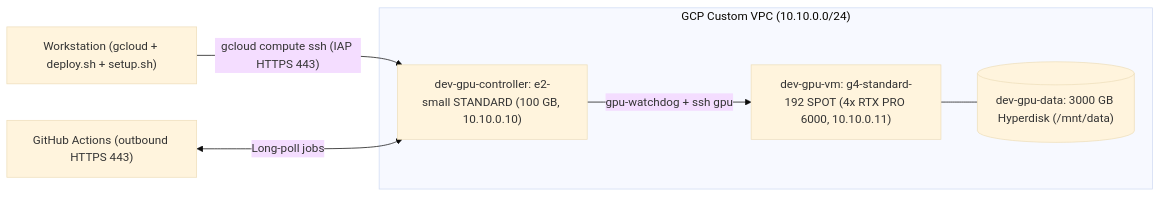
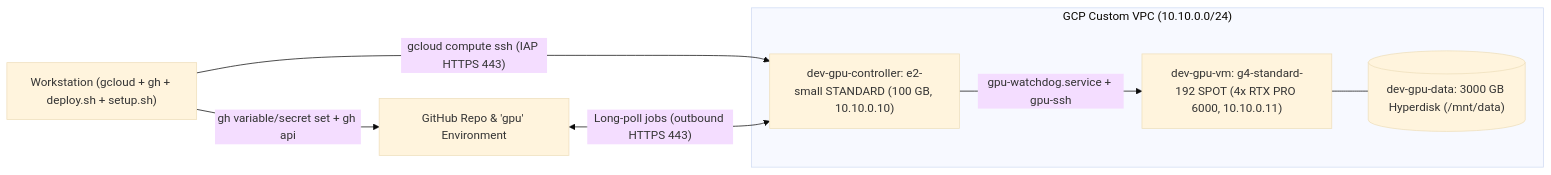
Before and after one commit to vitorecomp/personal-infra: the diagram in development/README.md, drawn with Mermaid (base theme). The commit also changed other lines of this file and 8 other files, not shown here.

Commit message:
feat(development): automate .env GitHub sync, loop retries, and ADC auth

````diff
--- a/development/README.md
+++ b/development/README.md
@@ -27,13 +34,14 @@
 ```mermaid
 flowchart LR
-  W["Workstation (gcloud + deploy.sh + setup.sh)"] -- "gcloud compute ssh (IAP HTTPS 443)" --> C
-  GH["GitHub Actions (outbound HTTPS 443)"] <-- "Long-poll jobs" --> C
+  W["Workstation (gcloud + gh + deploy.sh + setup.sh)"] -- "gh variable/secret set + gh api" --> GH["GitHub Repo & 'gpu' Environment"]
+  W -- "gcloud compute ssh (IAP HTTPS 443)" --> C
+  GH <-- "Long-poll jobs (outbound HTTPS 443)" --> C
 
   subgraph VPC["GCP Custom VPC (10.10.0.0/24)"]
     C["dev-gpu-controller: e2-small STANDARD (100 GB, 10.10.0.10)"]
     G["dev-gpu-vm: g4-standard-192 SPOT (4x RTX PRO 6000, 10.10.0.11)"]
     D[("dev-gpu-data: 3000 GB Hyperdisk (/mnt/data)")]
-    C -- "gpu-watchdog + ssh gpu" --> G
+    C -- "gpu-watchdog.service + gpu-ssh" --> G
     G --- D
   end
 ```
````
